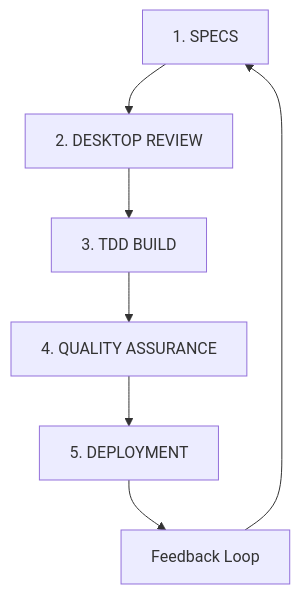
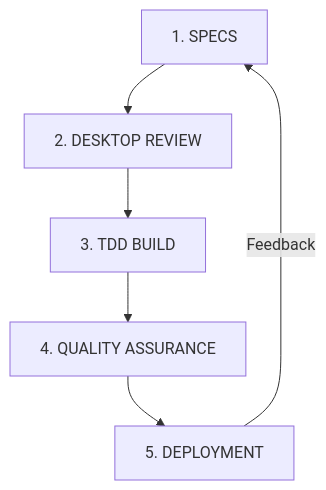
One commit to smiao-icims/pragmatic-architecture-patterns changed the second of 2 diagrams in guides/AI_HUMAN_COLLABORATION_WORKFLOW_GUIDE.md. Above: the diagram before and after it, drawn with Mermaid. The commit also changed other lines of this file, not shown here.

Commit message:
Fix: Simplify Mermaid diagrams to resolve GitHub rendering issues
- Remove standalone 'Feedback Loop' node that was causing parsing errors
- Use edge labels for feedback connections instead
- Simplifies diagram structure for better GitHub compatibility

````diff
--- a/guides/AI_HUMAN_COLLABORATION_WORKFLOW_GUIDE.md
+++ b/guides/AI_HUMAN_COLLABORATION_WORKFLOW_GUIDE.md
@@ -126,9 +126,8 @@
 ```mermaid
 graph TD
     A[1. SPECS] --> B[2. DESKTOP REVIEW]
     B --> C[3. TDD BUILD]
     C --> D[4. QUALITY ASSURANCE]
     D --> E[5. DEPLOYMENT]
-    E --> F[Feedback Loop]
-    F --> A
+    E -->|Feedback| A
 ```
````
